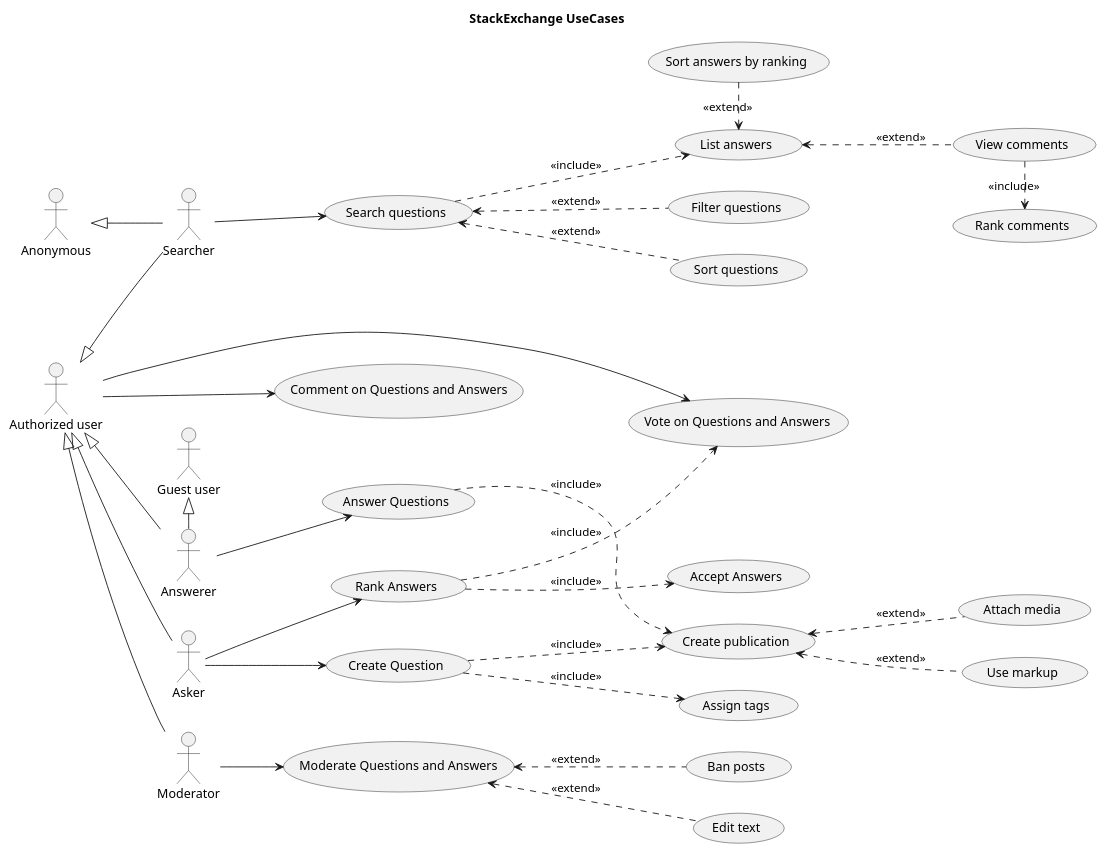
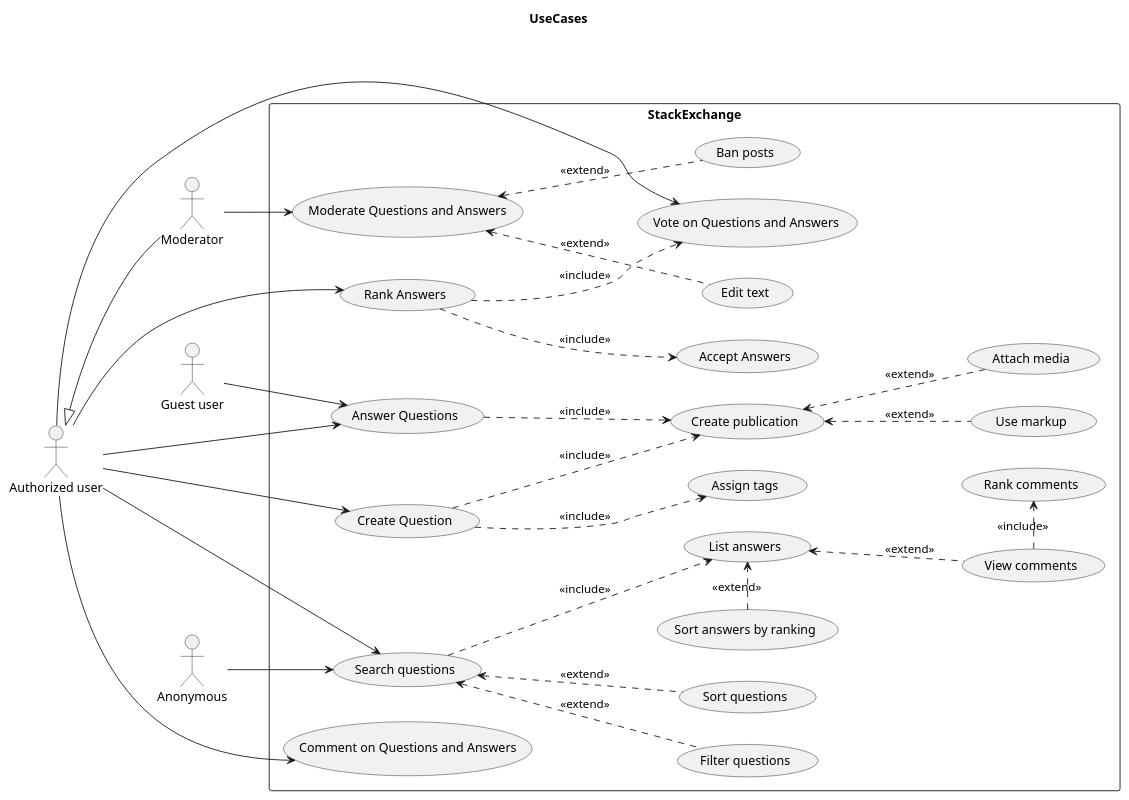
One commit to BardinPetr/itmo-se-basics changed the diagram in lab1/images/FR0_UC0.puml. Above: the diagram before and after it, drawn with PlantUML. The commit also changed 1 other file, not shown here.

```diff
--- a/lab1/images/FR0_UC0.puml
+++ b/lab1/images/FR0_UC0.puml
@@ -1,91 +1,88 @@
 @startuml
-title StackExchange UseCases
+title UseCases
 
 left to right direction
 
 actor "Anonymous" as NAU
 actor "Authorized user" as AU
 actor "Guest user" as GU
 
-actor Asker as ASK_U
-actor Answerer as ANS_U
-actor Searcher as SEA_U
 actor Moderator as MOD_U
 
-ASK_U -u-|> AU
-ANS_U -u-|> AU
-ANS_U -l-|> GU
-SEA_U -u-|> NAU
-SEA_U -u-|> AU
-MOD_U -u-|> AU
+' add system border
+rectangle StackExchange {
 
-' text
-usecase "Create publication" as UCpub
-usecase "Use markup" as UCq_markup
-usecase "Attach media" as UCq_media
+    MOD_U -u-|> AU
 
-UCpub <.. UCq_markup : <<extend>>
-UCpub <.. UCq_media : <<extend>>
+    ' text
+    usecase "Create publication" as UCpub
+    usecase "Use markup" as UCq_markup
+    usecase "Attach media" as UCq_media
+
+    UCpub <.. UCq_markup : <<extend>>
+    UCpub <.. UCq_media : <<extend>>
 
 
-' create
-usecase "Assign tags" as UCq_tag
-usecase "Create Question" as UCcreate
+    ' create
+    usecase "Assign tags" as UCq_tag
+    usecase "Create Question" as UCcreate
 
-ASK_U --> UCcreate
-UCcreate ..> UCq_tag : <<include>>
-UCcreate ..> UCpub : <<include>>
+    AU --> UCcreate
+    UCcreate ..> UCq_tag : <<include>>
+    UCcreate ..> UCpub : <<include>>
+
+    ' answer
+    usecase "Answer Questions" as UCanswer
+
+    AU --> UCanswer
+    GU --> UCanswer
+    UCanswer ..> UCpub : <<include>>
 
 
-' answer
-usecase "Answer Questions" as UCanswer
+    ' vote
+    usecase "Vote on Questions and Answers" as UCvote
+    usecase "Rank Answers" as UCrank
+    usecase "Accept Answers" as UCaccept
 
-ANS_U --> UCanswer
-UCanswer ..> UCpub : <<include>>
+    AU --> UCvote
+    AU --> UCrank
+    UCrank ..> UCaccept : <<include>>
+    UCrank ..> UCvote : <<include>>
 
+    ' answers
+    usecase "Search questions" as UCsearch
+    usecase "Filter questions" as UCq_filter
+    usecase "Sort questions" as UCq_sort
+    usecase "List answers" as UCa_list
+    usecase "Sort answers by ranking" as UCa_sort
 
-' vote
-usecase "Vote on Questions and Answers" as UCvote
-usecase "Rank Answers" as UCrank
-usecase "Accept Answers" as UCaccept
+    NAU --> UCsearch
+    AU --> UCsearch
 
-AU --> UCvote
-ASK_U --> UCrank
-UCrank ..> UCaccept : <<include>>
-UCrank ..> UCvote : <<include>>
+    UCsearch <.. UCq_filter : <<extend>>
+    UCsearch <.. UCq_sort : <<extend>>
 
-' answers
-usecase "Search questions" as UCsearch
-usecase "Filter questions" as UCq_filter
-usecase "Sort questions" as UCq_sort
-usecase "List answers" as UCa_list
-usecase "Sort answers by ranking" as UCa_sort
+    UCsearch ..> UCa_list : <<include>>
+    UCa_list <.l. UCa_sort : <<extend>>
 
-SEA_U --> UCsearch
+    ' comments
+    usecase "Comment on Questions and Answers" as UCcomment
+    usecase "View comments" as UCcomment_view
+    usecase "Rank comments" as UCcomment_rank
 
-UCsearch <.. UCq_filter : <<extend>>
-UCsearch <.. UCq_sort : <<extend>>
+    AU ---> UCcomment
+    UCa_list <.. UCcomment_view : <<extend>>
+    UCcomment_view .r.> UCcomment_rank : <<include>>
 
-UCsearch ..> UCa_list : <<include>>
-UCa_list <.l. UCa_sort : <<extend>>
+    ' moderate
+    usecase "Moderate Questions and Answers" as UCmod
+    usecase "Edit text" as UCmod_edit
+    usecase "Ban posts" as UCmod_ban
 
-' comments
-usecase "Comment on Questions and Answers" as UCcomment
-usecase "View comments" as UCcomment_view
-usecase "Rank comments" as UCcomment_rank
+    MOD_U --> UCmod
+    UCmod <.. UCmod_edit  : <<extend>>
+    UCmod <.. UCmod_ban  : <<extend>>
 
-AU ---> UCcomment
-UCa_list <.. UCcomment_view : <<extend>>
-UCcomment_view .r.> UCcomment_rank : <<include>>
-
-' moderate
-usecase "Moderate Questions and Answers" as UCmod
-usecase "Edit text" as UCmod_edit
-usecase "Ban posts" as UCmod_ban
-
-MOD_U --> UCmod
-UCmod <.. UCmod_edit  : <<extend>>
-UCmod <.. UCmod_ban  : <<extend>>
-
+}
 
 @enduml
```
